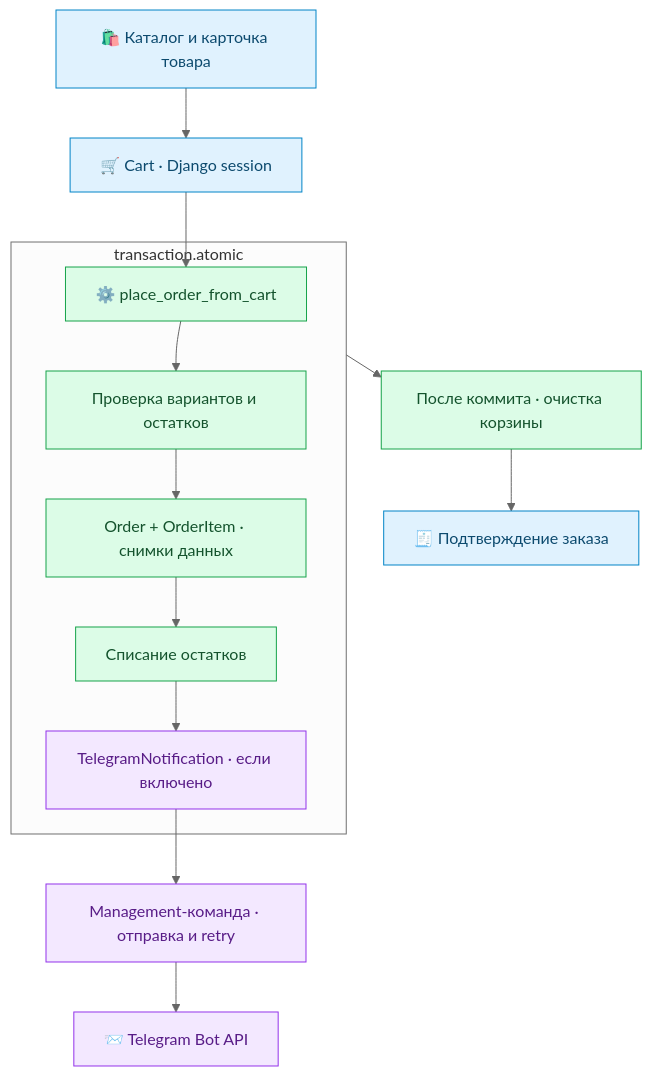
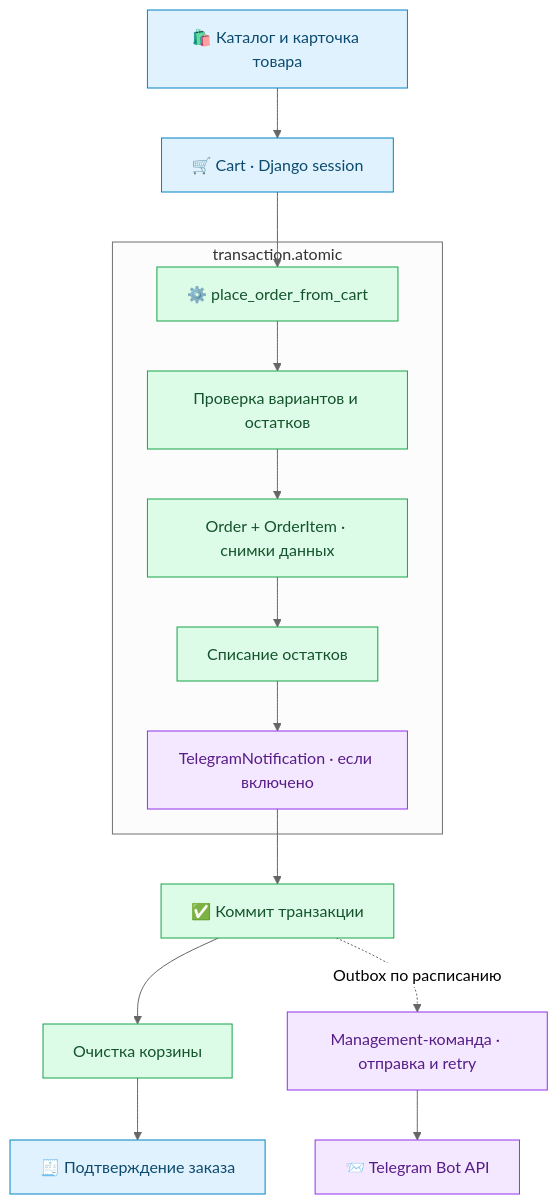
One commit to FrankHeels/carter changed the diagram in README.md. Above: the diagram before and after it, drawn with Mermaid (neutral theme).

Commit message:
docs: fix checkout diagram arrow routing

````diff
--- a/README.md
+++ b/README.md
@@ -113,24 +113,25 @@
 ```mermaid
 flowchart TD
     UI["🛍️ Каталог и карточка товара"] --> Cart["🛒 Cart · Django session"]
     Cart --> Checkout["⚙️ place_order_from_cart"]
 
     subgraph TX["transaction.atomic"]
         Checkout --> Stock["Проверка вариантов и остатков"]
         Stock --> Order["Order + OrderItem · снимки данных"]
         Order --> Update["Списание остатков"]
         Update --> Outbox["TelegramNotification · если включено"]
     end
 
-    TX --> Commit["После коммита · очистка корзины"]
-    Commit --> Receipt["🧾 Подтверждение заказа"]
-    Outbox --> Worker["Management-команда · отправка и retry"]
+    Outbox --> Commit["✅ Коммит транзакции"]
+    Commit --> Clear["Очистка корзины"]
+    Clear --> Receipt["🧾 Подтверждение заказа"]
+    Commit -. "Outbox по расписанию" .-> Worker["Management-команда · отправка и retry"]
     Worker --> Telegram["📨 Telegram Bot API"]
 
     classDef storefront fill:#e0f2fe,stroke:#0284c7,color:#0c4a6e
     classDef domain fill:#dcfce7,stroke:#16a34a,color:#14532d
     classDef messaging fill:#f3e8ff,stroke:#9333ea,color:#581c87
     class UI,Cart,Receipt storefront
-    class Checkout,Stock,Order,Update,Commit domain
+    class Checkout,Stock,Order,Update,Commit,Clear domain
     class Outbox,Worker,Telegram messaging
 ```
````
